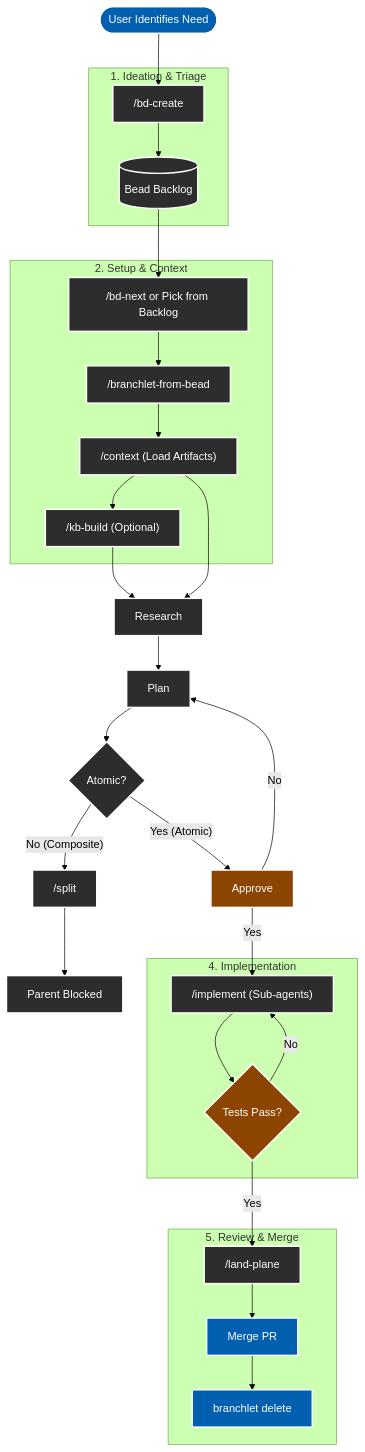
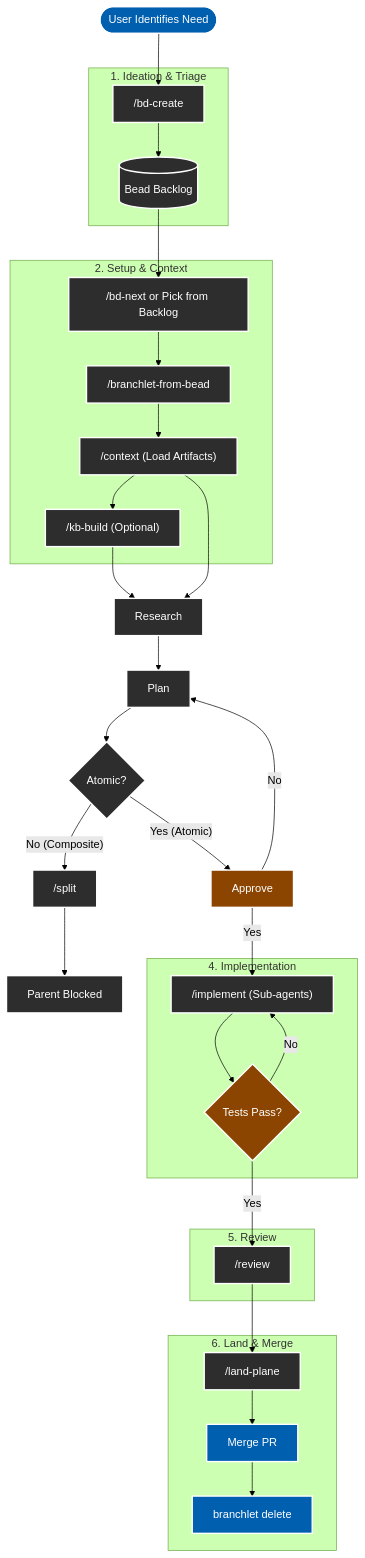
Before and after one commit to jveko/amp-maestro: the diagram in templates/AGENTIC_WORKFLOW.md, drawn with Mermaid (forest theme). The commit also changed other lines of this file and 18 other files, not shown here.

````diff
--- a/templates/AGENTIC_WORKFLOW.md
+++ b/templates/AGENTIC_WORKFLOW.md
@@ -5,57 +5,62 @@
 ```mermaid
 graph TD
     %% Styling for Dark Mode readability
     classDef default fill:#2d2d2d,stroke:#fff,stroke-width:2px,color:#fff;
     classDef decision fill:#8b4500,stroke:#fff,stroke-width:2px,color:#fff;
     classDef startend fill:#005faf,stroke:#fff,stroke-width:2px,color:#fff;
 
     Start([User Identifies Need]) --> Ideation
     
     subgraph "1. Ideation & Triage"
         Ideation["/bd-create"]
         Backlog[("Bead Backlog")]
     end
     Ideation --> Backlog
     
     subgraph "2. Setup & Context"
         PickWork["/bd-next or Pick from Backlog"]
         Worktree["/branchlet-from-bead"]
         Context["/context (Load Artifacts)"]
         Knowledge["/kb-build (Optional)"]
     end
     Backlog --> PickWork
     PickWork --> Worktree
     Worktree --> Context
     Context --> Knowledge
     Knowledge --> Research
     Context --> Research
     Research --> Plan
     Plan --> Complexity{Atomic?}
     
     Complexity -- No (Composite) --> Split["/split"]
     Complexity -- Yes (Atomic) --> Approve
     
     Approve -- No --> Plan
     Split --> Blocked[Parent Blocked]
     
     subgraph "4. Implementation"
         Implement["/implement (Sub-agents)"]
         Verify{Tests Pass?}
     end
     
+    subgraph "5. Review"
+        Review["/review"]
+    end
+    
     Approve -- Yes --> Implement
     Implement --> Verify
     Verify -- No --> Implement
+    Verify -- Yes --> Review
     
-    subgraph "5. Review & Merge"
+    subgraph "6. Land & Merge"
         Land["/land-plane"]
         Merge[Merge PR]
         Cleanup["branchlet delete"]
     end
-    Verify -- Yes --> Land
+    Review --> Land
     Land --> Merge
     Merge --> Cleanup
     
     class Start,Merge,Cleanup startend;
     class Approve,Verify decision;
 ```
````
